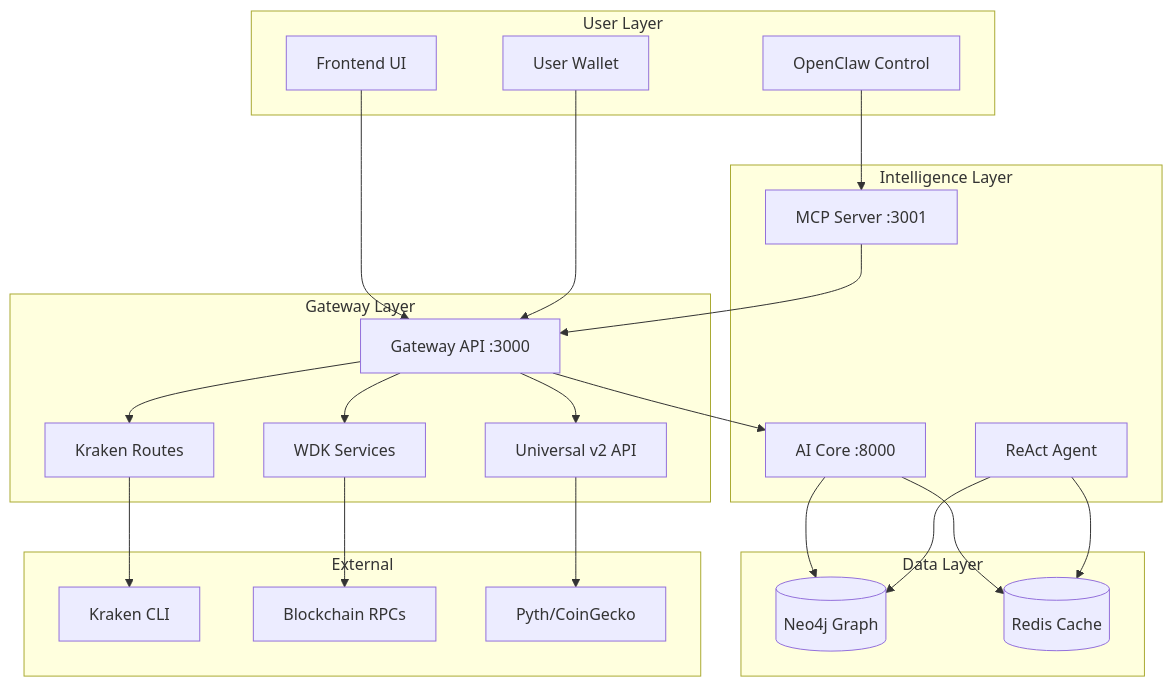
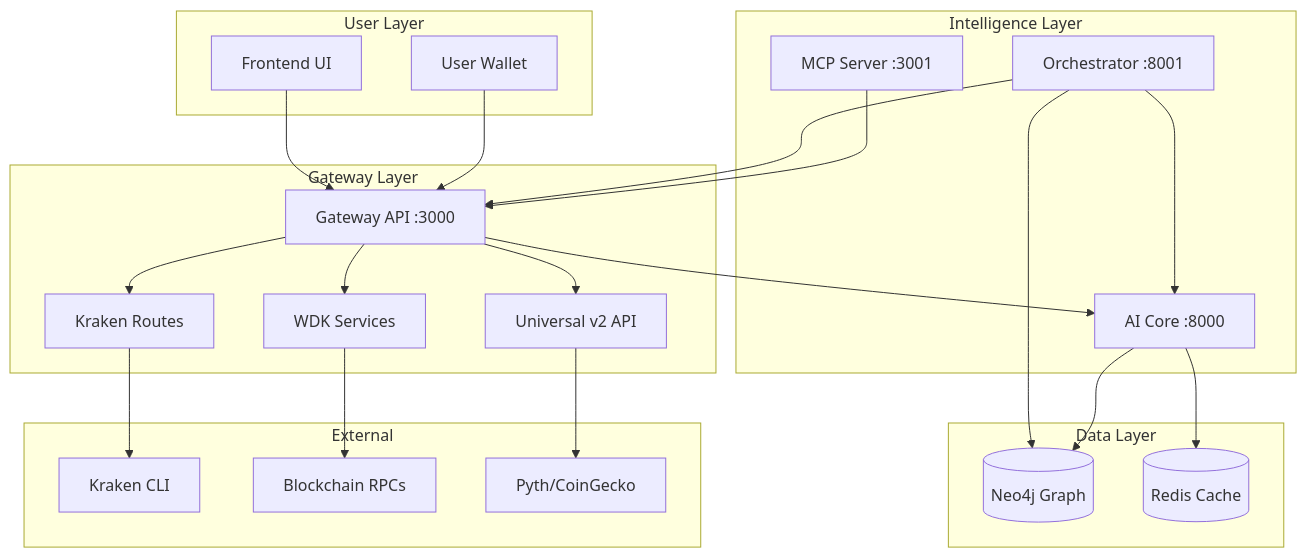
The diagram in README.md (Godwin-88/probable-octo-chainsaw), drawn with Mermaid before and after one commit. The commit also changed other lines of this file and 798 other files, not shown here.

````diff
--- a/README.md
+++ b/README.md
@@ -28,48 +28,47 @@
 ```mermaid
 flowchart TB
   subgraph User Layer
     UI[Frontend UI]
-    OC[OpenClaw Control]
     Wallet[User Wallet]
   end
   
   subgraph Gateway Layer
     GW[Gateway API :3000]
     KR[Kraken Routes]
     V2[Universal v2 API]
     WDK[WDK Services]
   end
   
   subgraph Intelligence Layer
     AI[AI Core :8000]
+    OR[Orchestrator :8001]
     MCP[MCP Server :3001]
-    AG[ReAct Agent]
   end
   
   subgraph Data Layer
     Neo4j[(Neo4j Graph)]
     Redis[(Redis Cache)]
   end
   
   subgraph External
     Kraken[Kraken CLI]
     Chains[Blockchain RPCs]
     Oracles[Pyth/CoinGecko]
   end
   
   UI --> GW
-  OC --> MCP
   Wallet --> GW
   GW --> KR
   GW --> V2
   GW --> WDK
   GW --> AI
+  OR --> AI
+  OR --> Neo4j
+  OR --> GW
   MCP --> GW
   AI --> Neo4j
   AI --> Redis
-  AG --> Neo4j
-  AG --> Redis
   KR --> Kraken
   WDK --> Chains
   V2 --> Oracles
 ```
````
